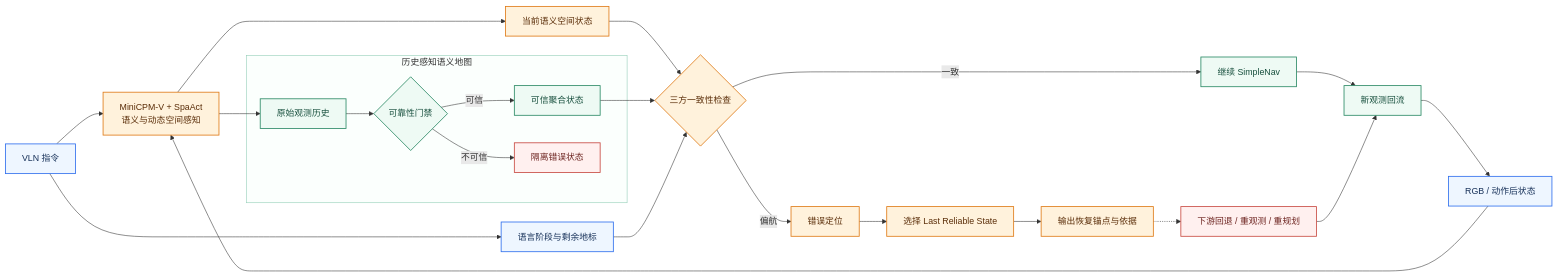
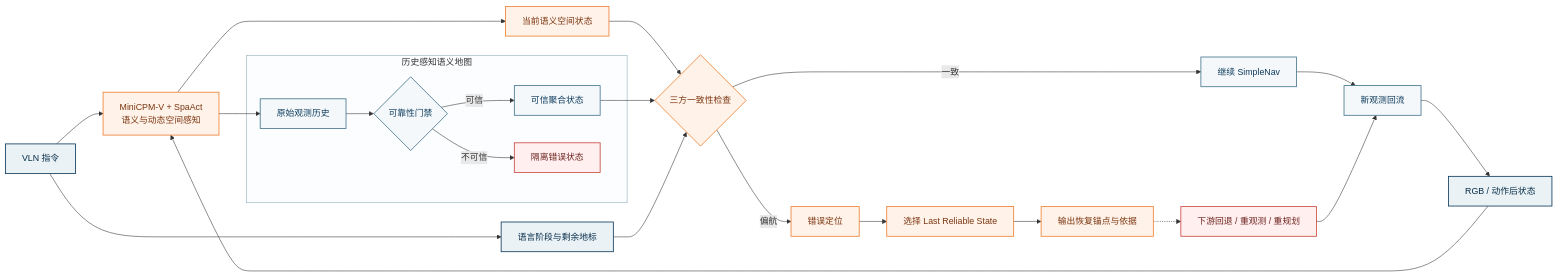
One commit to lijinghai/lijinghai.github.io changed the diagram in RabbitRobotNav/system-flow.mmd. Above: the diagram before and after it, drawn with Mermaid. The commit also changed 10 other files, not shown here.

First line of the commit message:
修复 Rabbit-RobotNav 思维图裸露并切换橙蓝品牌主题

```diff
--- a/RabbitRobotNav/system-flow.mmd
+++ b/RabbitRobotNav/system-flow.mmd
@@ -1,35 +1,35 @@
 flowchart LR
     I["VLN 指令"] --> P["MiniCPM-V + SpaAct<br/>语义与动态空间感知"]
     O["RGB / 动作后状态"] --> P
 
     subgraph memory["历史感知语义地图"]
         R["原始观测历史"] --> G{"可靠性门禁"}
         G -->|"可信"| T["可信聚合状态"]
         G -->|"不可信"| X["隔离错误状态"]
     end
 
     P --> R
     P --> C["当前语义空间状态"]
     I --> S["语言阶段与剩余地标"]
     C --> K{"三方一致性检查"}
     T --> K
     S --> K
 
     K -->|"一致"| N["继续 SimpleNav"]
     K -->|"偏航"| D["错误定位"]
     D --> A["选择 Last Reliable State"]
     A --> Q["输出恢复锚点与依据"]
     Q -.-> E["下游回退 / 重观测 / 重规划"]
     N --> F["新观测回流"]
     E --> F
     F --> O
 
-    classDef input fill:#eef6ff,stroke:#2f6fed,color:#173159,stroke-width:1.5px;
-    classDef core fill:#fff2dc,stroke:#df7b17,color:#5a2d08,stroke-width:1.5px;
-    classDef memoryNode fill:#eefaf4,stroke:#2b8a65,color:#174f3d,stroke-width:1.5px;
+    classDef input fill:#eaf2f6,stroke:#0e3b5d,color:#072d48,stroke-width:1.5px;
+    classDef core fill:#fff2e8,stroke:#ee8234,color:#7a3510,stroke-width:1.5px;
+    classDef memoryNode fill:#f4f8fa,stroke:#47758f,color:#0e3b5d,stroke-width:1.5px;
     classDef boundary fill:#fff0ef,stroke:#c84a42,color:#6d2420,stroke-width:1.5px;
     class I,O,S input;
     class P,C,K,D,A,Q core;
     class R,G,T,N,F memoryNode;
     class X,E boundary;
-    style memory fill:#fbfffd,stroke:#8ecbb4,stroke-width:1px
+    style memory fill:#fbfdfe,stroke:#8ca9ba,stroke-width:1px
```
